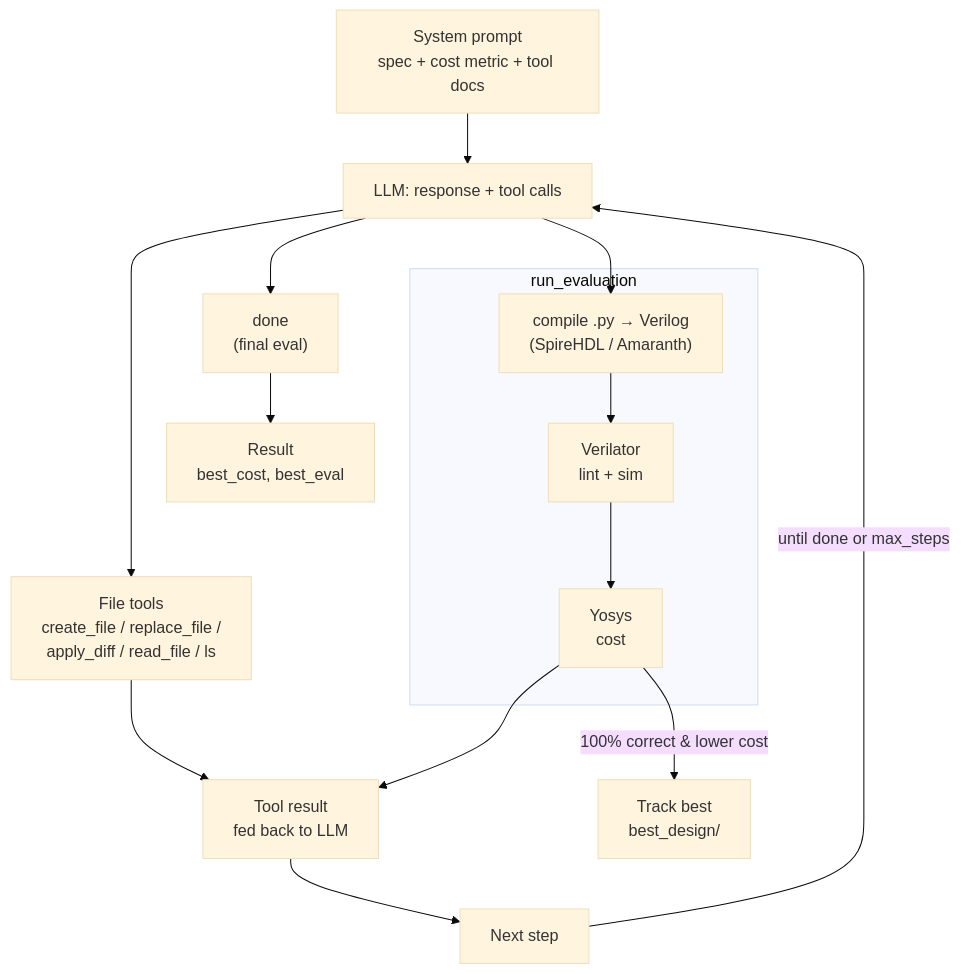
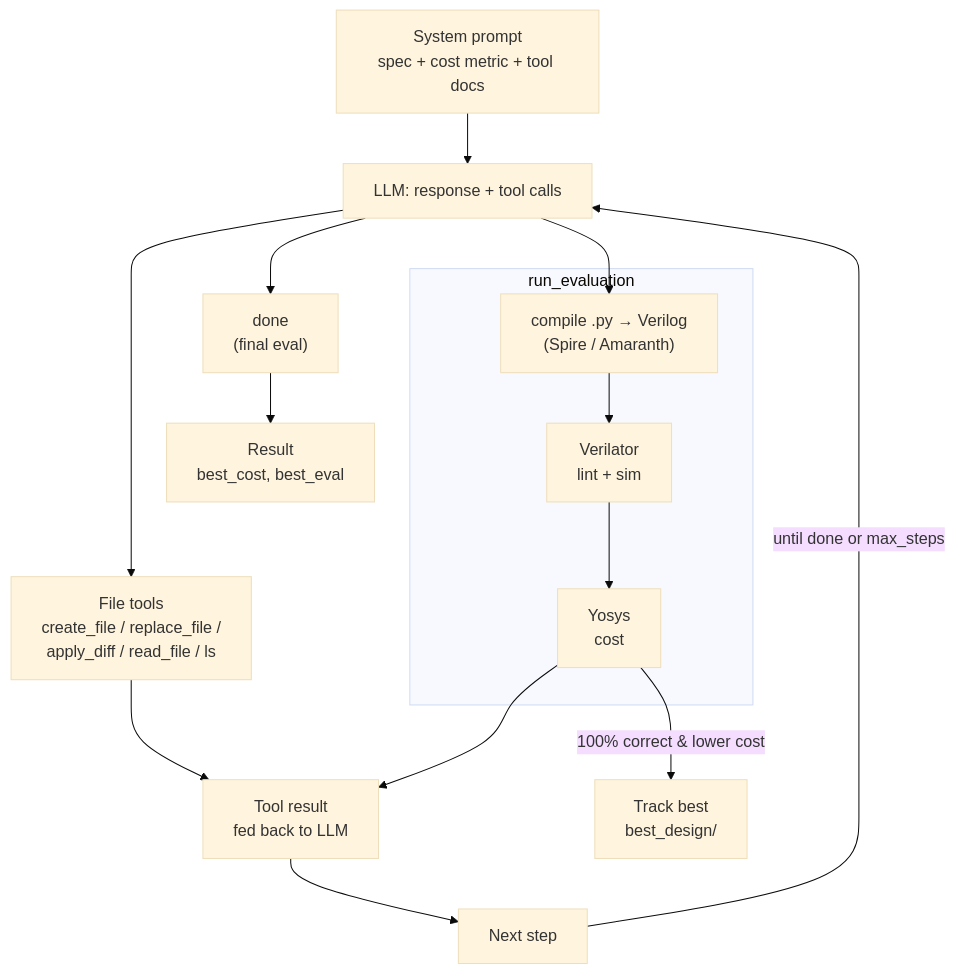
One commit to huawei-csl/rtlscout changed the first of 2 diagrams in README.md. Above: the diagram before and after it, drawn with Mermaid (base theme). The commit also changed 113 other files, not shown here.

Commit message:
Moved to new version of Spire HDL, with a new API. Significant changes in RTLScout benchmarks starting points and system prompt.

````diff
--- a/README.md
+++ b/README.md
@@ -152,16 +152,16 @@
 ```mermaid
 flowchart TD
   SP["System prompt<br/>spec + cost metric + tool docs"] --> LLM["LLM: response + tool calls"]
   LLM --> FT["File tools<br/>create_file / replace_file /<br/>apply_diff / read_file / ls"]
   LLM --> C
   LLM --> DONE["done<br/>(final eval)"]
   subgraph RE ["run_evaluation"]
-    C["compile .py &rarr; Verilog<br/>(SpireHDL / Amaranth)"] --> V["Verilator<br/>lint + sim"] --> Y["Yosys<br/>cost"]
+    C["compile .py &rarr; Verilog<br/>(Spire / Amaranth)"] --> V["Verilator<br/>lint + sim"] --> Y["Yosys<br/>cost"]
   end
   FT --> TR["Tool result<br/>fed back to LLM"]
   Y --> TR
   Y -->|"100% correct & lower cost"| TB["Track best<br/>best_design/"]
   DONE --> RES["Result<br/>best_cost, best_eval"]
   TR --> NS["Next step"]
   NS -->|"until done or max_steps"| LLM
 ```
````
